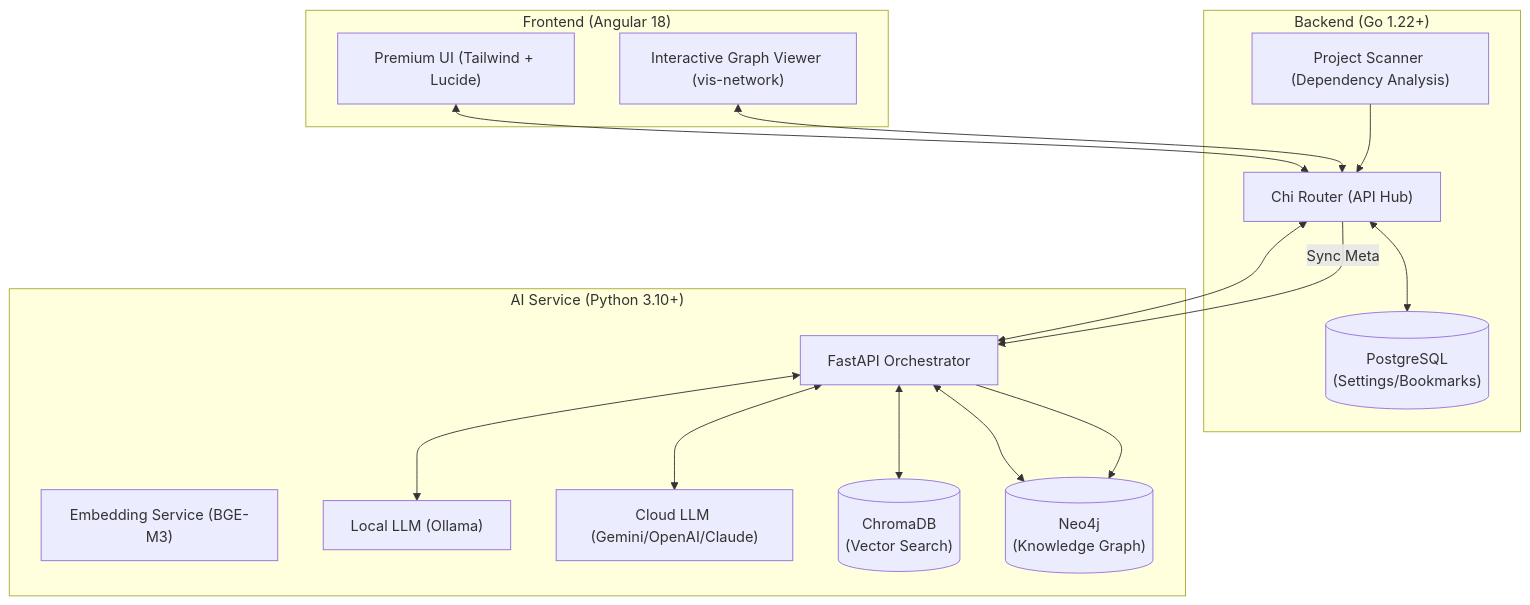
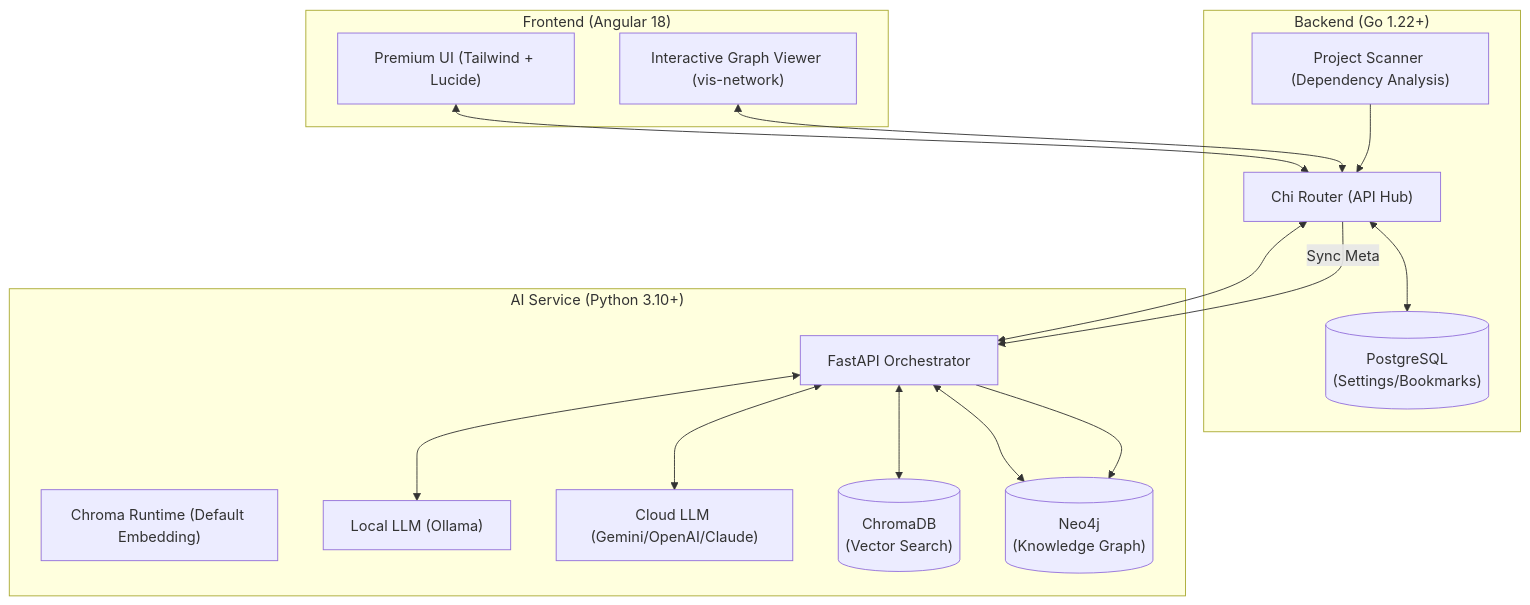
One commit to gxtnewfolder/AI-CodeWiki changed the diagram in README.md. Above: the diagram before and after it, drawn with Mermaid.

Commit message:
docs: update architecture diagram to reflect Chroma runtime embedding service

````diff
--- a/README.md
+++ b/README.md
@@ -7,37 +7,37 @@
 ```mermaid
 graph TD
     subgraph "Frontend (Angular 18)"
         UI["Premium UI (Tailwind + Lucide)"]
         GV["Interactive Graph Viewer (vis-network)"]
     end
 
     subgraph "Backend (Go 1.22+)"
         Router["Chi Router (API Hub)"]
         Scanner["Project Scanner (Dependency Analysis)"]
         DB_PG[("PostgreSQL\n(Settings/Bookmarks)")]
     end
 
     subgraph "AI Service (Python 3.10+)"
         FastAPI["FastAPI Orchestrator"]
-        BGE["Embedding Service (BGE-M3)"]
+        Embedding["Chroma Runtime (Default Embedding)"]
         Ollama["Local LLM (Ollama)"]
         CloudLLM["Cloud LLM (Gemini/OpenAI/Claude)"]
         DB_Chroma[("ChromaDB\n(Vector Search)")]
         DB_Neo4j[("Neo4j\n(Knowledge Graph)")]
     end
 
     %% Connections
     UI <--> Router
     GV <--> Router
     Router <--> FastAPI
     Router <--> DB_PG
     
     FastAPI <--> DB_Chroma
     FastAPI <--> DB_Neo4j
     FastAPI <--> Ollama
     FastAPI <--> CloudLLM
     
     Scanner --> Router
     Router -- "Sync Meta" --> FastAPI
     FastAPI --> DB_Neo4j
 ```
````
